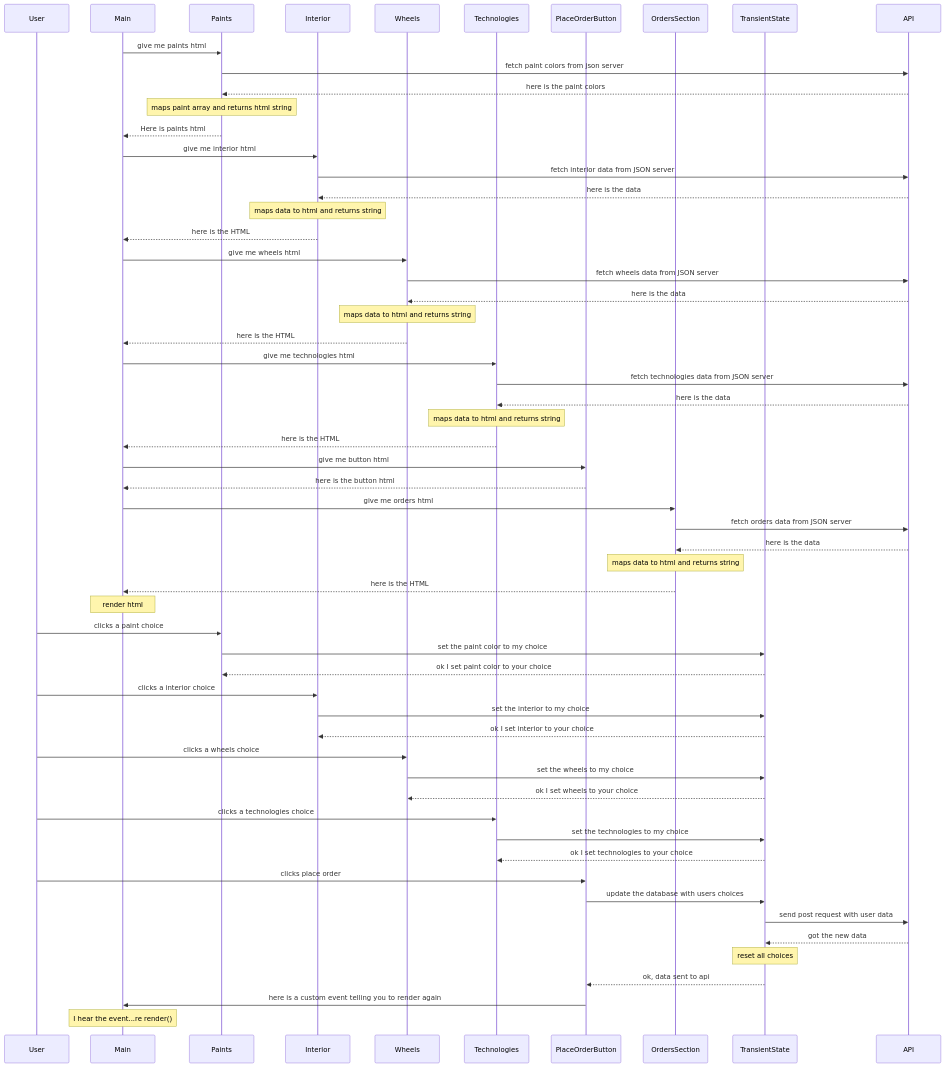
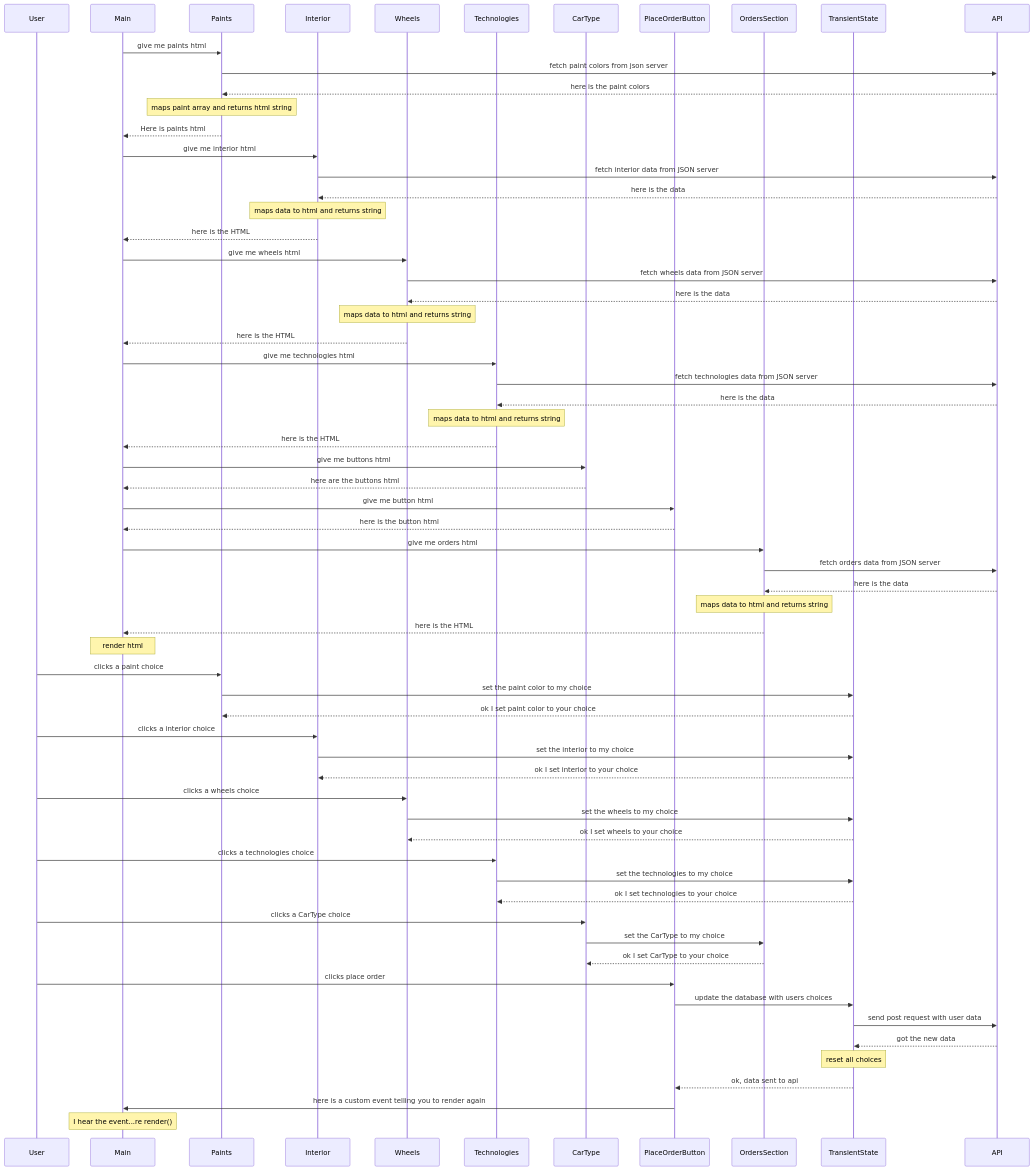
Before and after one commit to patrick-mcisaac/cars-r-us: the diagram in diagrams/sequence.mmd, drawn with Mermaid. The commit also changed other lines of this file and 5 other files, not shown here.

```diff
--- a/diagrams/sequence.mmd
+++ b/diagrams/sequence.mmd
@@ -1,72 +1,80 @@
 sequenceDiagram
 participant User
 participant Main
 participant Paints
 participant Interior
 participant Wheels
 participant Technologies
+participant CarType
 participant PlaceOrderButton
 participant OrdersSection
 participant TransientState
 participant API
 
 Main ->> Paints: give me paints html
 Paints ->> API: fetch paint colors from json server
 API -->> Paints: here is the paint colors
 Note over Paints: maps paint array and returns html string
 Paints -->> Main: Here is paints html
 
 Main ->> Interior: give me interior html
 Interior ->> API: fetch interior data from JSON server
 API -->> Interior: here is the data
 Note over Interior: maps data to html and returns string
 Interior -->> Main: here is the HTML
 
 Main ->> Wheels: give me wheels html
 Wheels ->> API: fetch wheels data from JSON server
 API -->> Wheels: here is the data
 Note over Wheels: maps data to html and returns string
 Wheels -->> Main: here is the HTML
 
 Main ->> Technologies: give me technologies html
 Technologies ->> API: fetch technologies data from JSON server
 API -->> Technologies: here is the data
 Note over Technologies: maps data to html and returns string
 Technologies -->> Main: here is the HTML
 
+Main ->> CarType: give me buttons html
+CarType -->> Main: here are the buttons html
+
 
 Main ->> PlaceOrderButton: give me button html
 PlaceOrderButton -->> Main: here is the button html
 
 Main ->> OrdersSection: give me orders html
 OrdersSection ->> API: fetch orders data from JSON server
 API -->> OrdersSection: here is the data
 Note over OrdersSection: maps data to html and returns string
 OrdersSection -->> Main: here is the HTML
 
 Note over Main: render html
 
 User ->> Paints: clicks a paint choice
 Paints ->> TransientState: set the paint color to my choice
 TransientState -->> Paints: ok I set paint color to your choice
 
 User ->> Interior: clicks a interior choice
 Interior ->> TransientState: set the interior to my choice
 TransientState -->> Interior: ok I set interior to your choice
 
 User ->> Wheels: clicks a wheels choice
 Wheels ->> TransientState: set the wheels to my choice
 TransientState -->> Wheels: ok I set wheels to your choice
 
 User ->> Technologies: clicks a technologies choice
 Technologies ->> TransientState: set the technologies to my choice
 TransientState -->> Technologies: ok I set technologies to your choice
 
+User ->> CarType: clicks a CarType choice
+CarType ->> OrdersSection: set the CarType to my choice
+OrdersSection -->> CarType: ok I set CarType to your choice
+
 User ->> PlaceOrderButton: clicks place order
 PlaceOrderButton ->> TransientState: update the database with users choices
 TransientState ->> API: send post request with user data
 API -->> TransientState: got the new data
 Note over TransientState: reset all choices
 TransientState -->> PlaceOrderButton: ok, data sent to api
 PlaceOrderButton ->> Main: here is a custom event telling you to render again
 Note over Main: I hear the event...re render()
```
